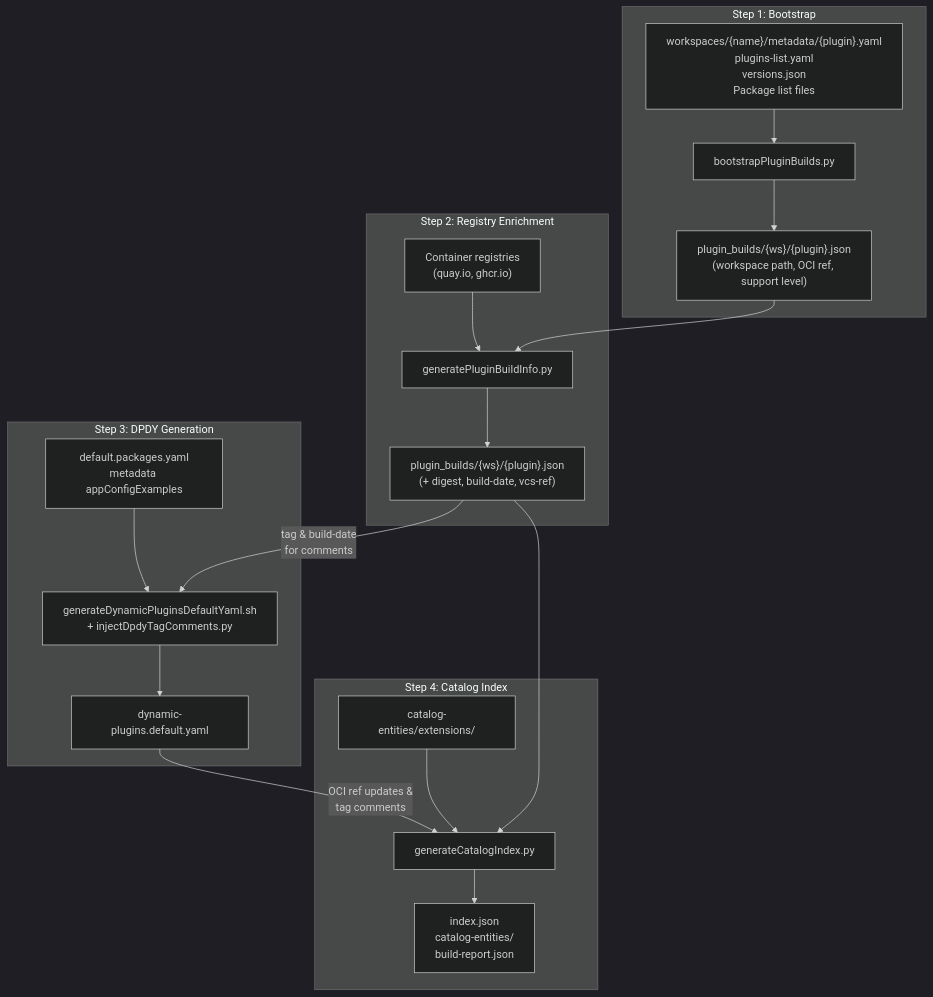
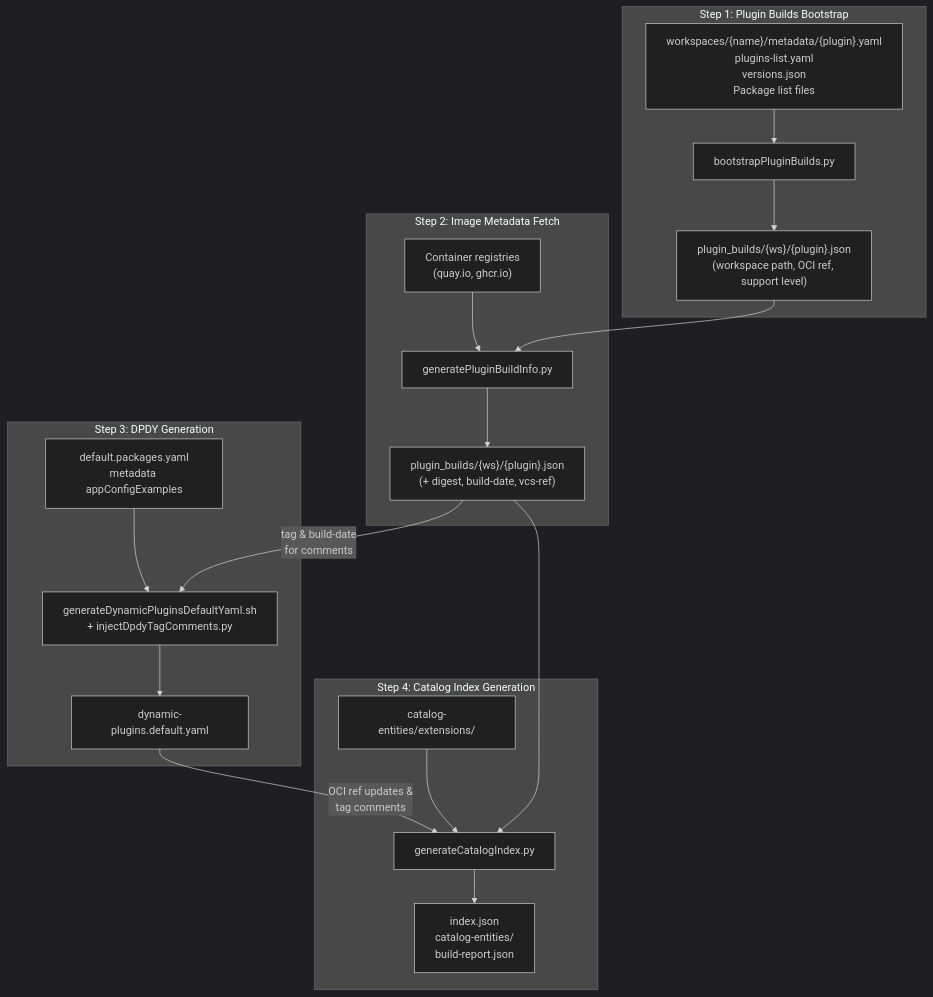
One commit to redhat-developer/rhdh-plugin-export-overlays changed the second of 2 diagrams in user-guide/07-plugin-catalog-index.md. Above: the diagram before and after it, drawn with Mermaid (dark theme). The commit also changed other lines of this file and 10 other files, not shown here.

First line of the commit message:
chore: exclude plugins in outdated workspaces from catalog index (#2565)

````diff
--- a/user-guide/07-plugin-catalog-index.md
+++ b/user-guide/07-plugin-catalog-index.md
@@ -53,35 +53,35 @@
 ```mermaid
 flowchart TB
-    subgraph "Step 1: Bootstrap"
+    subgraph "Step 1: Plugin Builds Bootstrap"
         S1_IN["workspaces/{name}/metadata/{plugin}.yaml<br/>plugins-list.yaml<br/>versions.json<br/>Package list files"]
         S1["bootstrapPluginBuilds.py"]
         S1_OUT["plugin_builds/{ws}/{plugin}.json<br/>(workspace path, OCI ref, support level)"]
         S1_IN --> S1 --> S1_OUT
     end
 
-    subgraph "Step 2: Registry Enrichment"
+    subgraph "Step 2: Image Metadata Fetch"
         S2["generatePluginBuildInfo.py"]
         S2_OUT["plugin_builds/{ws}/{plugin}.json<br/>(+ digest, build-date, vcs-ref)"]
         S1_OUT --> S2
         REG["Container registries<br/>(quay.io, ghcr.io)"] --> S2
         S2 --> S2_OUT
     end
 
     subgraph "Step 3: DPDY Generation"
         S3_IN["default.packages.yaml<br/>metadata appConfigExamples"]
         S3["generateDynamicPluginsDefaultYaml.sh<br/>+ injectDpdyTagComments.py"]
         S3_OUT["dynamic-plugins.default.yaml"]
         S3_IN --> S3
         S2_OUT -- "tag & build-date<br/>for comments" --> S3
         S3 --> S3_OUT
     end
 
-    subgraph "Step 4: Catalog Index"
+    subgraph "Step 4: Catalog Index Generation"
         S4["generateCatalogIndex.py"]
         S4_OUT["index.json<br/>catalog-entities/<br/>build-report.json"]
         S2_OUT --> S4
         S3_OUT -- "OCI ref updates &<br/>tag comments" --> S4
         CATS2["catalog-entities/extensions/"] --> S4
         S4 --> S4_OUT
     end
 ```
````
